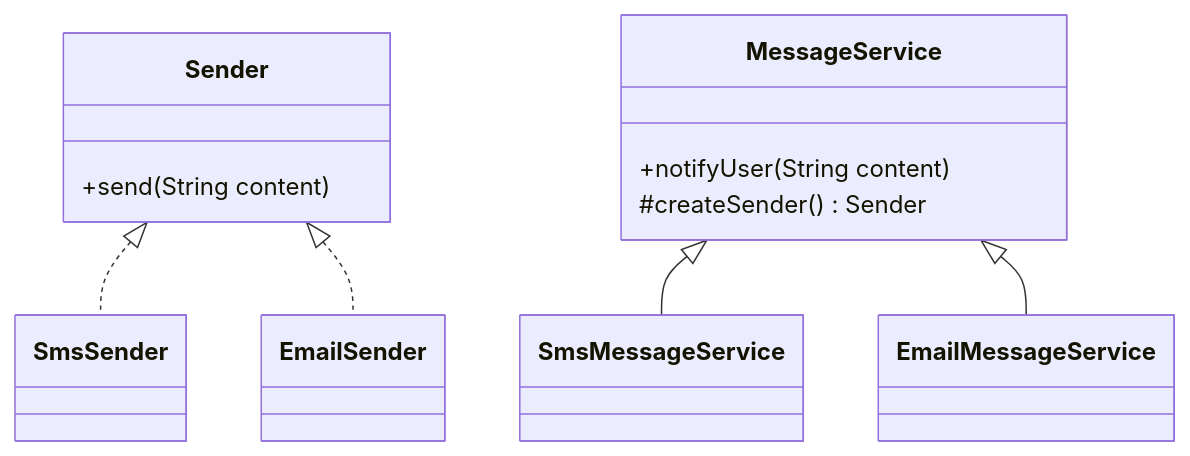
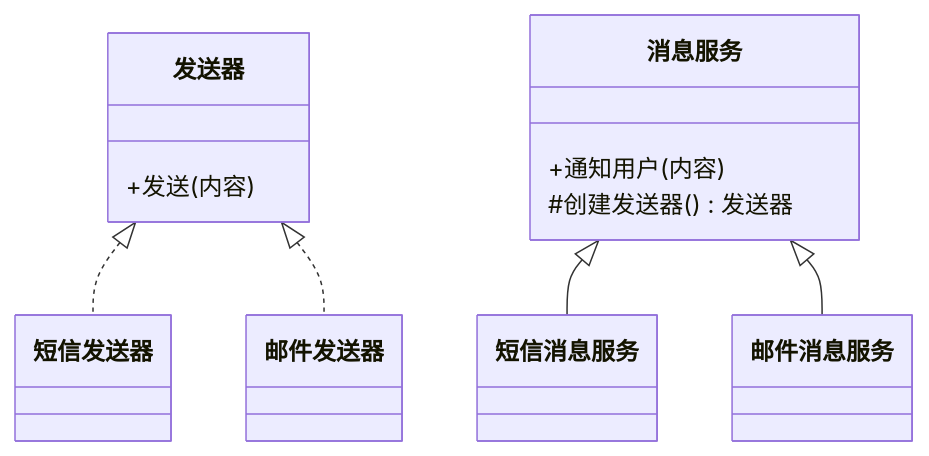
One commit to xlb3055/newBlog changed the diagram in src/设计模式/创建模式/工厂方法模式.md. Above: the diagram before and after it, drawn with Mermaid. The commit also changed other lines of this file and 17 other files, not shown here.

````diff
--- a/src/设计模式/创建模式/工厂方法模式.md
+++ b/src/设计模式/创建模式/工厂方法模式.md
@@ -32,21 +32,21 @@
 ```mermaid
 classDiagram
-    class Sender {
-      +send(String content)
+    class 发送器 {
+      +发送(内容)
     }
-    class SmsSender
-    class EmailSender
+    class 短信发送器
+    class 邮件发送器
 
-    class MessageService {
-      +notifyUser(String content)
-      #createSender() Sender
+    class 消息服务 {
+      +通知用户(内容)
+      #创建发送器() 发送器
     }
-    class SmsMessageService
-    class EmailMessageService
+    class 短信消息服务
+    class 邮件消息服务
 
-    Sender <|.. SmsSender
-    Sender <|.. EmailSender
+    发送器 <|.. 短信发送器
+    发送器 <|.. 邮件发送器
 
-    MessageService <|-- SmsMessageService
-    MessageService <|-- EmailMessageService
+    消息服务 <|-- 短信消息服务
+    消息服务 <|-- 邮件消息服务
 ```
````
